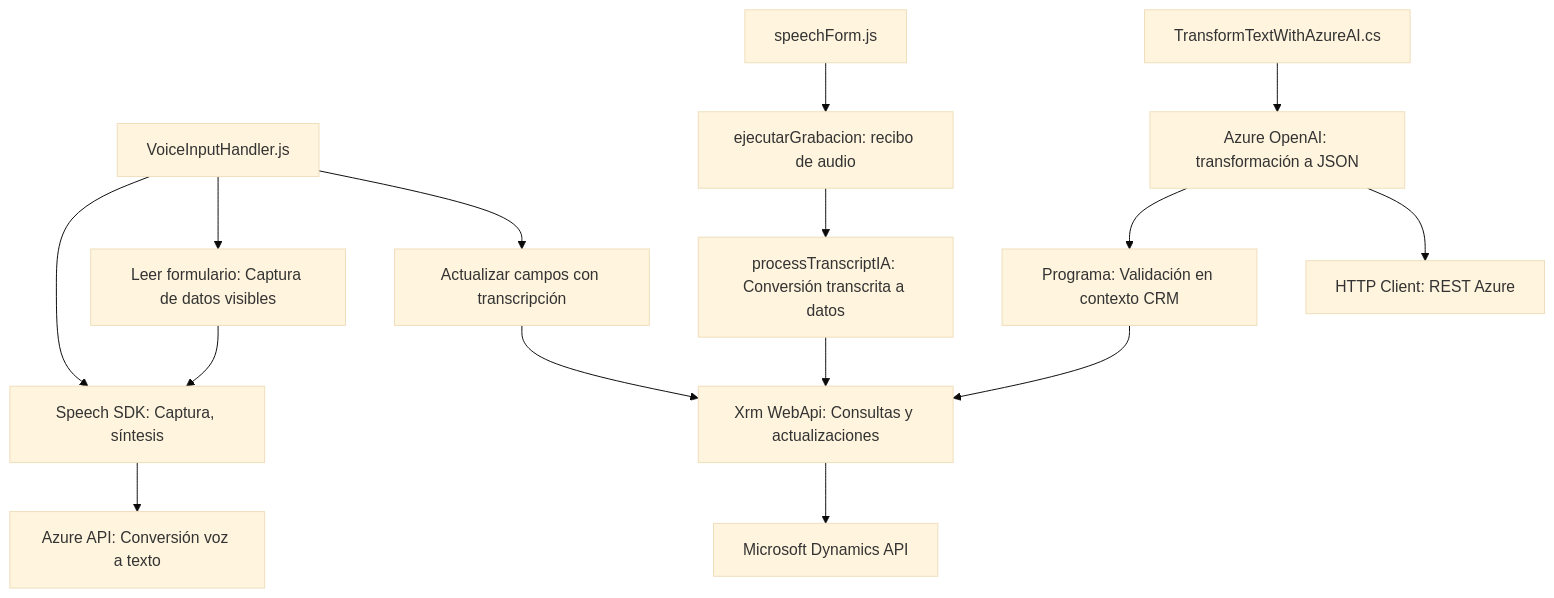
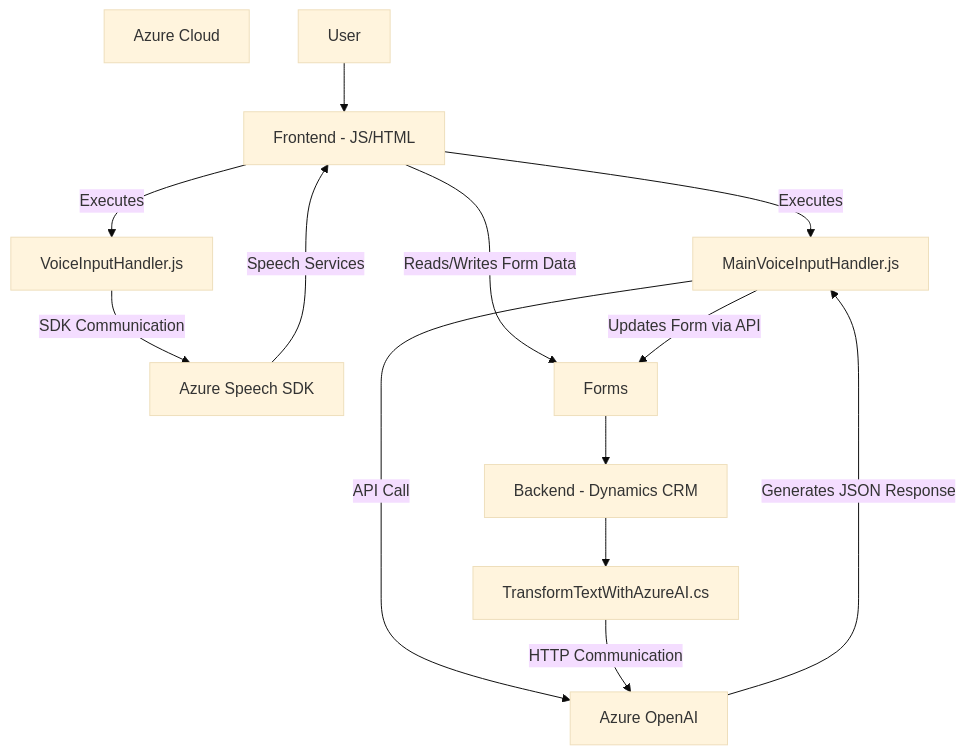
Before and after one commit to blopezdm/NETCORE_BILBAO2025: the diagram in README.md, drawn with Mermaid (base theme). The commit also changed other lines of this file, not shown here.

Commit message:
Actualizar análisis global de la solución con IA

````diff
--- a/README.md
+++ b/README.md
@@ -59,17 +24,26 @@
 ```mermaid
 graph TD
-    A["VoiceInputHandler.js"] --> B["Speech SDK: Captura, síntesis"]
-    A --> C["Leer formulario: Captura de datos visibles"]
-    A --> D["Actualizar campos con transcripción"]
-    C --> B
-    D --> E["Xrm WebApi: Consultas y actualizaciones"]
-    F["speechForm.js"] --> G["ejecutarGrabacion: recibo de audio"]
-    G --> H["processTranscriptIA: Conversión transcrita a datos"]
-    H --> E
-    I["TransformTextWithAzureAI.cs"] --> J["Azure OpenAI: transformación a JSON"]
-    J --> K["Programa: Validación en contexto CRM"]
-    K --> E
-    J --> L["HTTP Client: REST Azure"]
-    E --> M["Microsoft Dynamics API"]
-    B --> N["Azure API: Conversión voz a texto"]
+    A["Frontend - JS/HTML"]
+    A1["VoiceInputHandler.js"]
+    A2["MainVoiceInputHandler.js"]
+    B["Backend - Dynamics CRM"]
+    B1["TransformTextWithAzureAI.cs"]
+    C["Azure Cloud"]
+    C1["Azure Speech SDK"]
+    C2["Azure OpenAI"]
+    D["User"]
+    E["Forms"]
+    
+    D --> A["Frontend - JS/HTML"]
+    A -- Executes --> A1
+    A -- Executes --> A2
+    A -- Reads/Writes Form Data --> E
+    A1 -- SDK Communication --> C1
+    C1 -- Speech Services --> A
+    A2 -- API Call --> C2
+    C2 -- Generates JSON Response --> A2
+    A2 -- Updates Form via API --> E
+    E --> B["Backend - Dynamics CRM"]
+    B --> B1
+    B1 -- HTTP Communication --> C2
 ```
````
